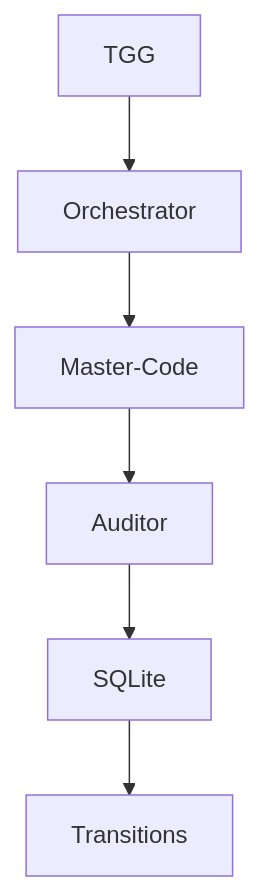
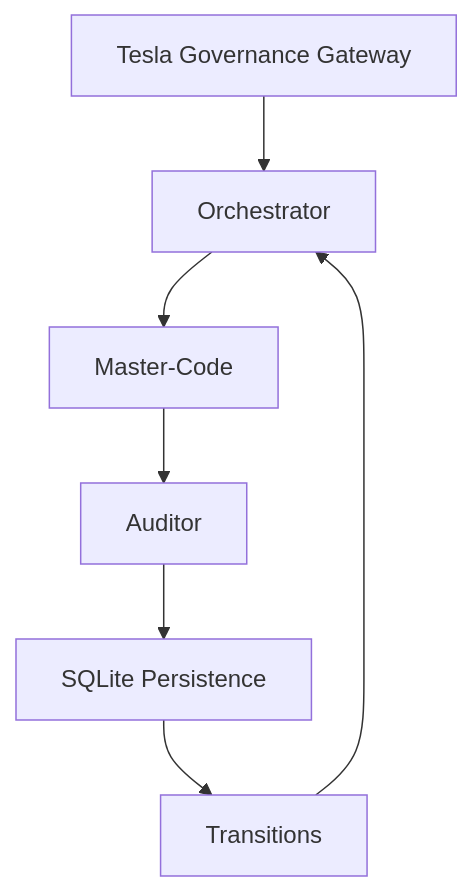
The diagram in 28-Loop-Engineering/README.md (lordmahonheim-bot/Tesla-Antigravity-CLI), drawn with Mermaid before and after one commit. The commit also changed other lines of this file and 12 other files, not shown here.

````diff
--- a/28-Loop-Engineering/README.md
+++ b/28-Loop-Engineering/README.md
@@ -6,8 +10,9 @@
 ```mermaid
-flowchart TD
-    TGG[TGG] --> Orch[Orchestrator]
-    Orch --> MC[Master-Code]
-    MC --> Aud[Auditor]
-    Aud --> SQ[SQLite]
-    SQ --> Trans[Transitions]
+graph TD
+    TGG[Tesla Governance Gateway] --> ORCH[Orchestrator]
+    ORCH --> MC[Master-Code]
+    MC --> AUDIT[Auditor]
+    AUDIT --> SQL[SQLite Persistence]
+    SQL --> TRANS[Transitions]
+    TRANS --> ORCH
 ```
````
